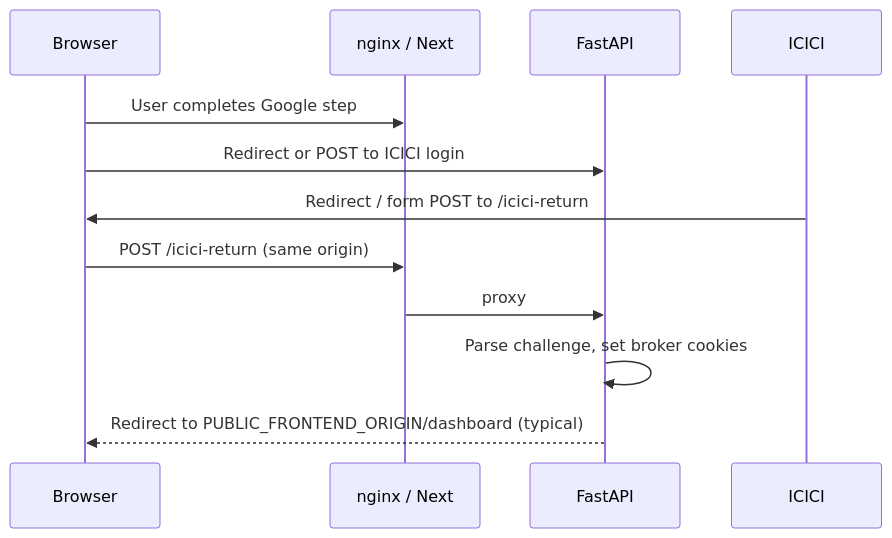
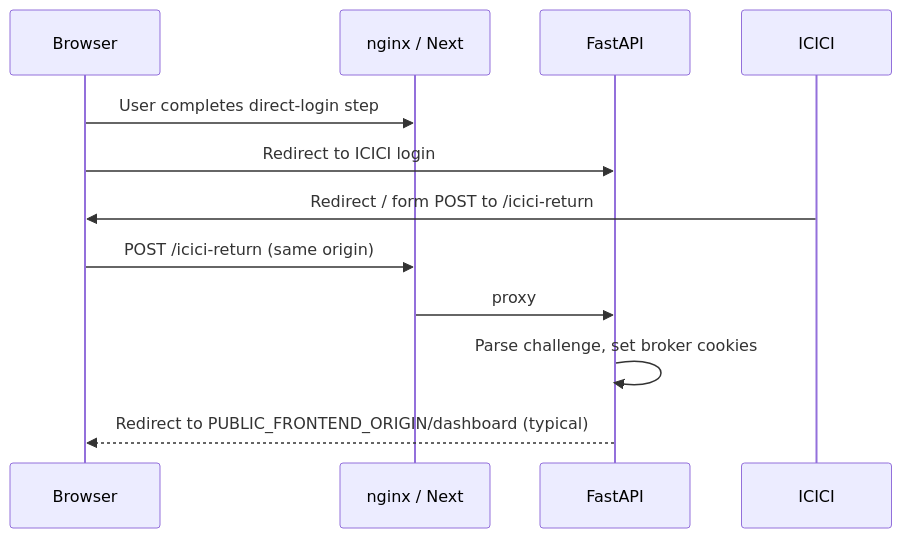
Before and after one commit to AmitMhatre-Code/breeze-core-engine: the fifth of 17 diagrams in docs/flows.md, drawn with Mermaid. The commit also changed other lines of this file and 10 other files, not shown here.

````diff
--- a/docs/flows.md
+++ b/docs/flows.md
@@ -118,15 +116,15 @@
 ```mermaid
 sequenceDiagram
   participant B as Browser
   participant E as nginx / Next
   participant F as FastAPI
   participant I as ICICI
 
-  B->>E: User completes Google step
-  B->>F: Redirect or POST to ICICI login
+  B->>E: User completes direct-login step
+  B->>F: Redirect to ICICI login
   I->>B: Redirect / form POST to /icici-return
   B->>E: POST /icici-return (same origin)
   E->>F: proxy
   F->>F: Parse challenge, set broker cookies
   F-->>B: Redirect to PUBLIC_FRONTEND_ORIGIN/dashboard (typical)
 ```
````
